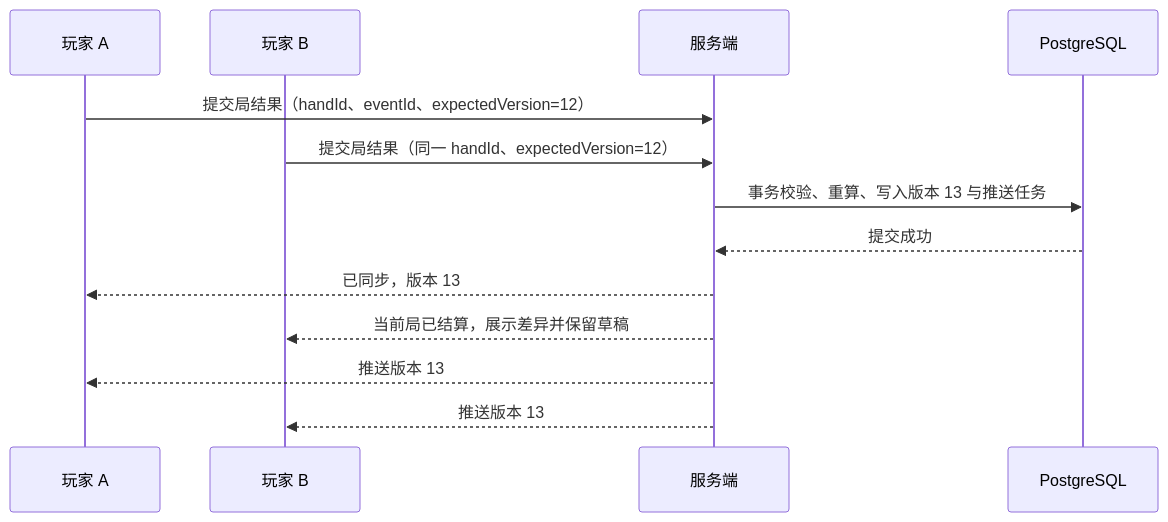
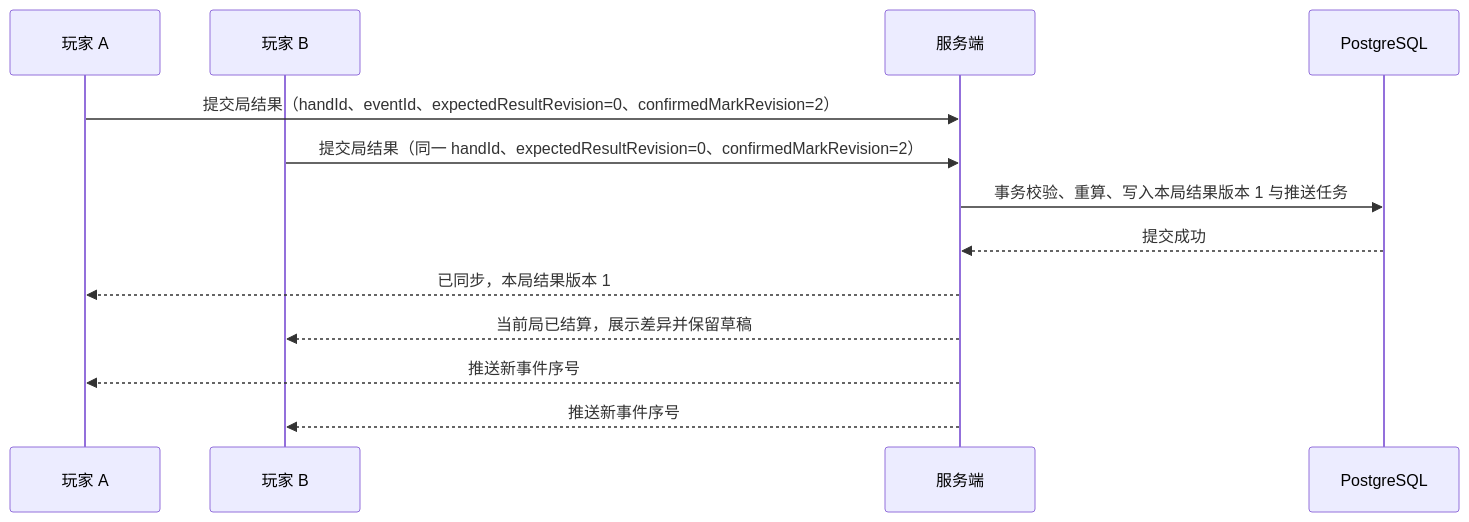
The first of 2 diagrams in docs/日麻三端产品计划书.md (p1ziYu/riichi_tracker), drawn with Mermaid before and after one commit. The commit also changed other lines of this file and 4 other files, not shown here.

````diff
--- a/docs/日麻三端产品计划书.md
+++ b/docs/日麻三端产品计划书.md
@@ -286,15 +291,15 @@
 ```mermaid
 sequenceDiagram
     participant A as 玩家 A
     participant B as 玩家 B
     participant S as 服务端
     participant D as PostgreSQL
-    A->>S: 提交局结果（handId、eventId、expectedVersion=12）
-    B->>S: 提交局结果（同一 handId、expectedVersion=12）
-    S->>D: 事务校验、重算、写入版本 13 与推送任务
+    A->>S: 提交局结果（handId、eventId、expectedResultRevision=0、confirmedMarkRevision=2）
+    B->>S: 提交局结果（同一 handId、expectedResultRevision=0、confirmedMarkRevision=2）
+    S->>D: 事务校验、重算、写入本局结果版本 1 与推送任务
     D-->>S: 提交成功
-    S-->>A: 已同步，版本 13
+    S-->>A: 已同步，本局结果版本 1
     S-->>B: 当前局已结算，展示差异并保留草稿
-    S-->>A: 推送版本 13
-    S-->>B: 推送版本 13
+    S-->>A: 推送新事件序号
+    S-->>B: 推送新事件序号
 ```
````
